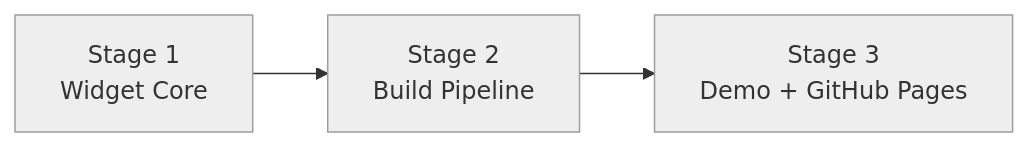
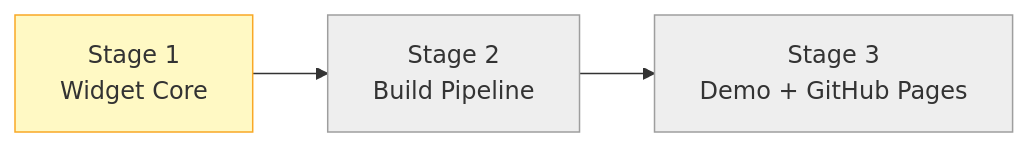
One commit to info-tech-io/web-terminal changed the diagram in docs/proposals/epic-1-tps-mvp/child-6-phase1d-widget-demo/progress.md. Above: the diagram before and after it, drawn with Mermaid. The commit also changed other lines of this file and 3 other files, not shown here.

````diff
--- a/docs/proposals/epic-1-tps-mvp/child-6-phase1d-widget-demo/progress.md
+++ b/docs/proposals/epic-1-tps-mvp/child-6-phase1d-widget-demo/progress.md
@@ -8,9 +8,9 @@
 ```mermaid
 graph LR
     A["Stage 1\nWidget Core"] --> B["Stage 2\nBuild Pipeline"]
     B --> C["Stage 3\nDemo + GitHub Pages"]
 
-    style A fill:#eeeeee,stroke:#9e9e9e
+    style A fill:#fff9c4,stroke:#f9a825
     style B fill:#eeeeee,stroke:#9e9e9e
     style C fill:#eeeeee,stroke:#9e9e9e
 ```
````
